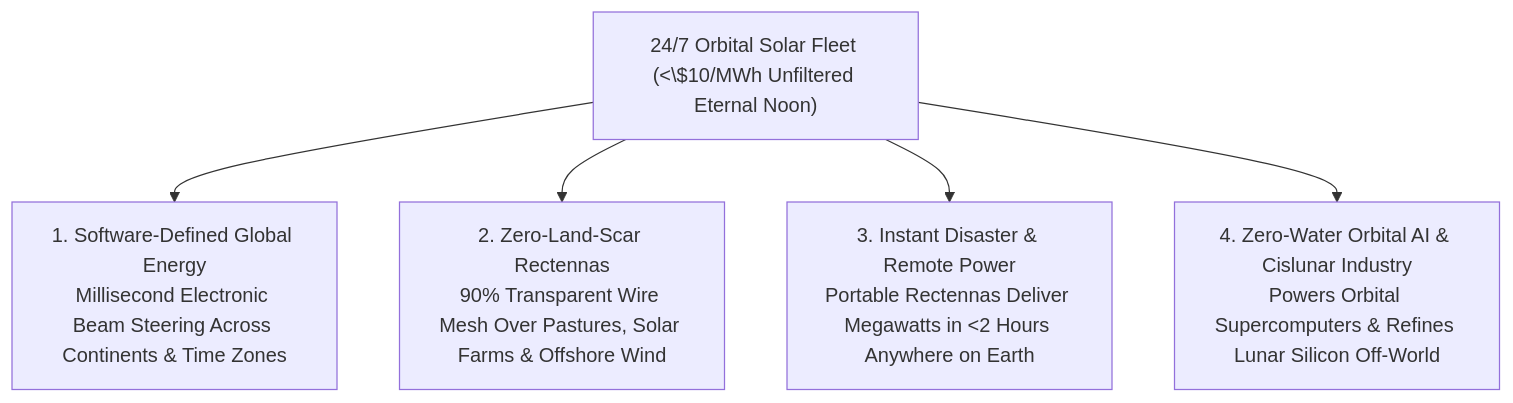
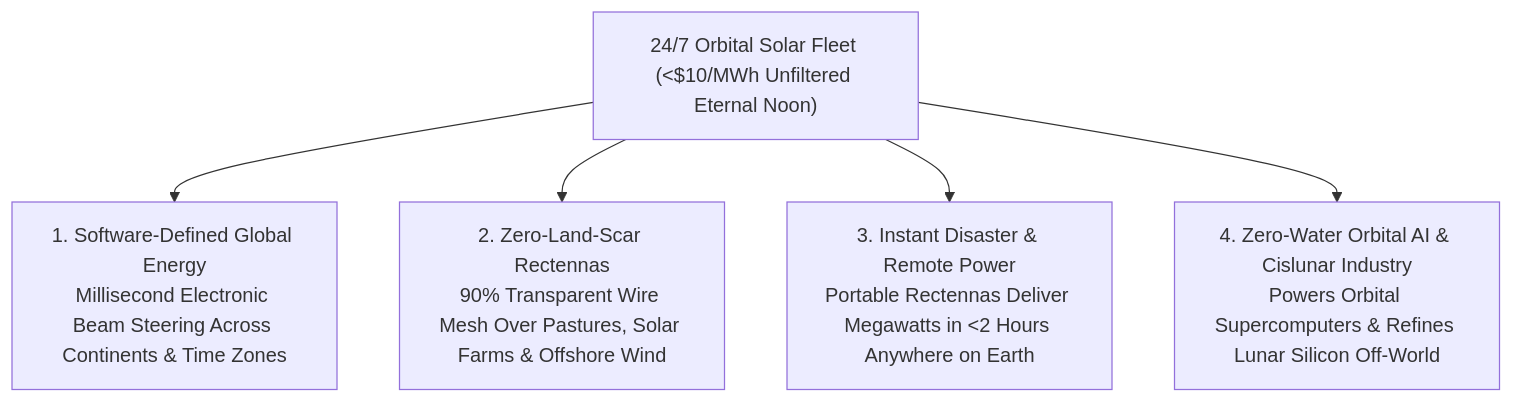
Before and after one commit to d-10-g/OneOfMany: the second of 2 diagrams in vision-01-abundant-energy/01-space-solar/REPORT.md, drawn with Mermaid. The commit also changed other lines of this file and 23 other files, not shown here.

Commit message:
Fix Mermaid multi-subgraph blank-line parsing and KaTeX dollar escaping across all 85 pathways

````diff
--- a/vision-01-abundant-energy/01-space-solar/REPORT.md
+++ b/vision-01-abundant-energy/01-space-solar/REPORT.md
@@ -114,8 +114,8 @@
 ```mermaid
 flowchart TD
-    Orb["24/7 Orbital Solar Fleet (<\$10/MWh Unfiltered Eternal Noon)"]
+    Orb["24/7 Orbital Solar Fleet (<$10/MWh Unfiltered Eternal Noon)"]
     Orb --> S1["1. Software-Defined Global Energy<br>Millisecond Electronic Beam Steering Across Continents & Time Zones"]
     Orb --> S2["2. Zero-Land-Scar Rectennas<br>90% Transparent Wire Mesh Over Pastures, Solar Farms & Offshore Wind"]
     Orb --> S3["3. Instant Disaster & Remote Power<br>Portable Rectennas Deliver Megawatts in <2 Hours Anywhere on Earth"]
     Orb --> S4["4. Zero-Water Orbital AI & Cislunar Industry<br>Powers Orbital Supercomputers & Refines Lunar Silicon Off-World"]
 ```
````
